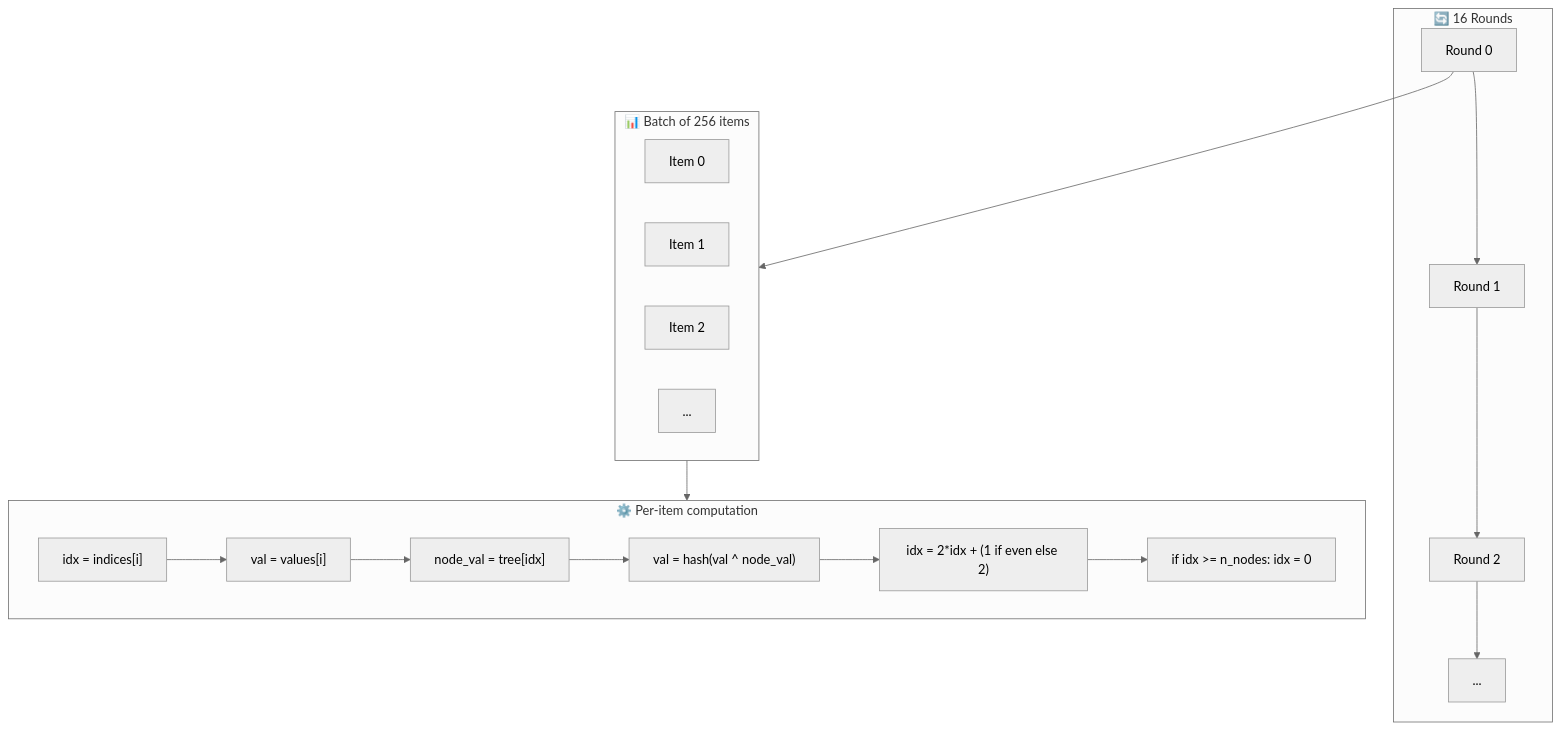
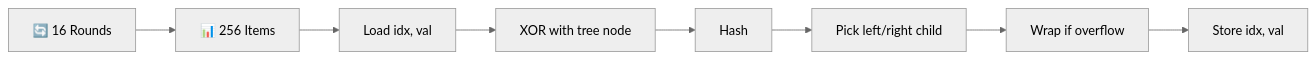
The third of 4 diagrams in content/posts/anthropic-performance-takehome-deep-dive.md (trirpi/trirpi.github.io), drawn with Mermaid (neutral theme) before and after one commit. The commit also changed other lines of this file, not shown here.

Commit message:
Make Mermaid diagrams horizontal and more compact

````diff
--- a/content/posts/anthropic-performance-takehome-deep-dive.md
+++ b/content/posts/anthropic-performance-takehome-deep-dive.md
@@ -120,26 +100,10 @@
 ```mermaid
-flowchart TD
-    subgraph rounds["🔄 16 Rounds"]
-        R0["Round 0"] --> R1["Round 1"] --> R2["Round 2"] --> RN["..."]
-    end
-    
-    R0 --> batch
-    
-    subgraph batch["📊 Batch of 256 items"]
-        direction LR
-        B0["Item 0"]
-        B1["Item 1"]
-        B2["Item 2"]
-        BN["..."]
-    end
-    
-    batch --> ALGO
-    
-    subgraph ALGO["⚙️ Per-item computation"]
-        A1["idx = indices[i]"] --> A2["val = values[i]"]
-        A2 --> A3["node_val = tree[idx]"]
-        A3 --> A4["val = hash(val ^ node_val)"]
-        A4 --> A5["idx = 2*idx + (1 if even else 2)"]
-        A5 --> A6["if idx >= n_nodes: idx = 0"]
-    end
+flowchart LR
+    ROUNDS["🔄 16 Rounds"] --> BATCH["📊 256 Items"]
+    BATCH --> A1["Load idx, val"]
+    A1 --> A2["XOR with tree node"]
+    A2 --> A3["Hash"]
+    A3 --> A4["Pick left/right child"]
+    A4 --> A5["Wrap if overflow"]
+    A5 --> STORE["Store idx, val"]
 ```
````
